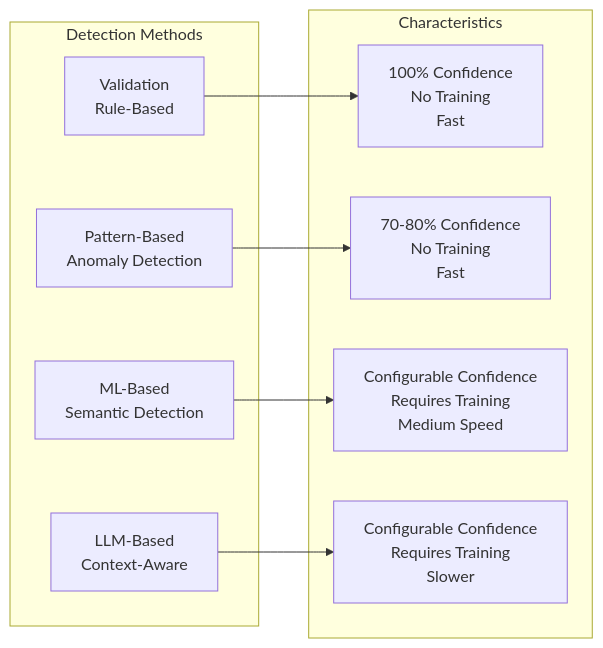
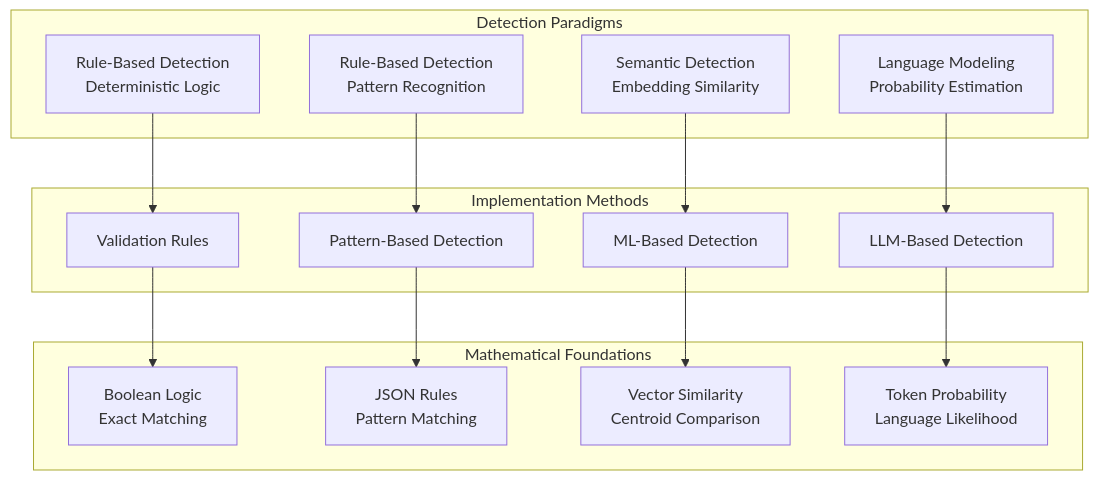
The second of 3 diagrams in docs/detection-methods/overview.md (xafron-bv/data-quality-monitoring), drawn with Mermaid before and after one commit. The commit also changed other lines of this file and 7 other files, not shown here.

````diff
--- a/docs/detection-methods/overview.md
+++ b/docs/detection-methods/overview.md
@@ -7,16 +42,23 @@
 ```mermaid
-graph LR
-    subgraph "Detection Methods"
-        V[Validation<br/>Rule-Based]
-        P[Pattern-Based<br/>Anomaly Detection]
-        M[ML-Based<br/>Semantic Detection]
-        L[LLM-Based<br/>Context-Aware]
+graph TD
+    subgraph "Detection Paradigms"
+        A[Rule-Based Detection<br/>Deterministic Logic]
+        B[Rule-Based Detection<br/>Pattern Recognition]
+        C[Semantic Detection<br/>Embedding Similarity]
+        D[Language Modeling<br/>Probability Estimation]
     end
     
-    subgraph "Characteristics"
-        V --> V1[100% Confidence<br/>No Training<br/>Fast]
-        P --> P1[70-80% Confidence<br/>No Training<br/>Fast]
-        M --> M1[Configurable Confidence<br/>Requires Training<br/>Medium Speed]
-        L --> L1[Configurable Confidence<br/>Requires Training<br/>Slower]
+    subgraph "Implementation Methods"
+        A --> A1[Validation Rules]
+        B --> B1[Pattern-Based Detection]
+        C --> C1[ML-Based Detection]
+        D --> D1[LLM-Based Detection]
+    end
+    
+    subgraph "Mathematical Foundations"
+        A1 --> A2[Boolean Logic<br/>Exact Matching]
+        B1 --> B2[JSON Rules<br/>Pattern Matching]
+        C1 --> C2[Vector Similarity<br/>Centroid Comparison]
+        D1 --> D2[Token Probability<br/>Language Likelihood]
     end
 ```
````
